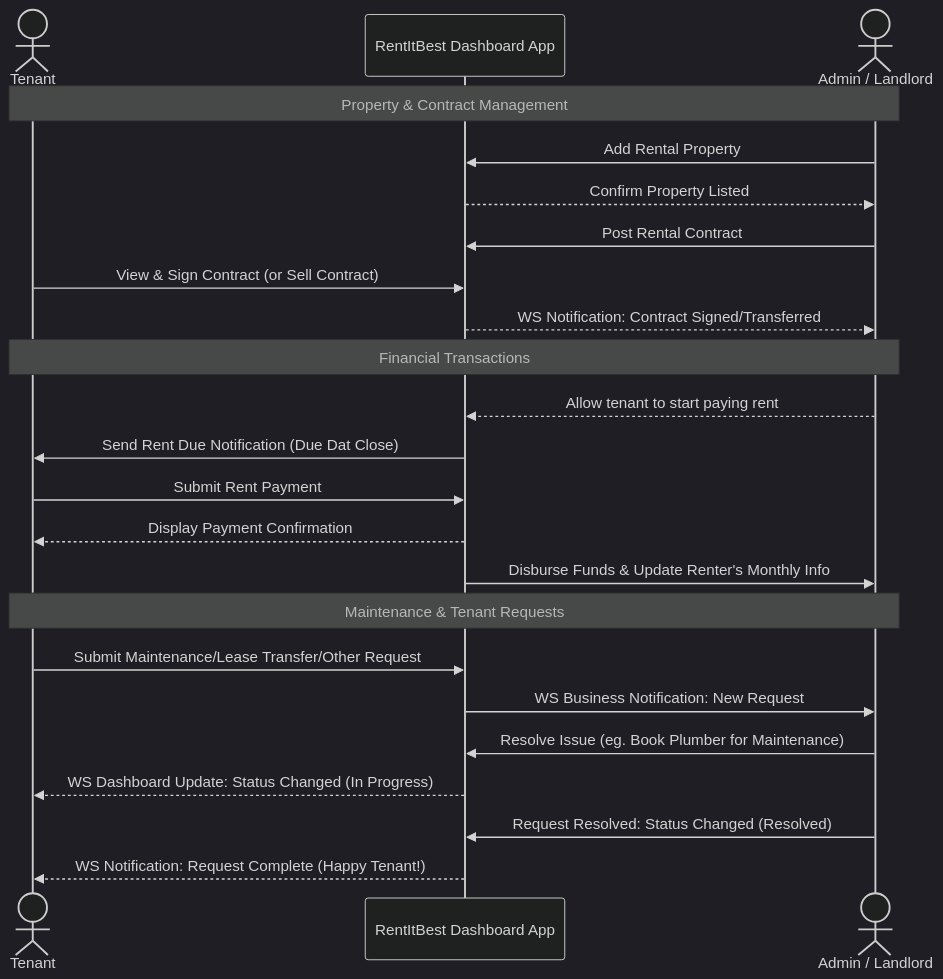
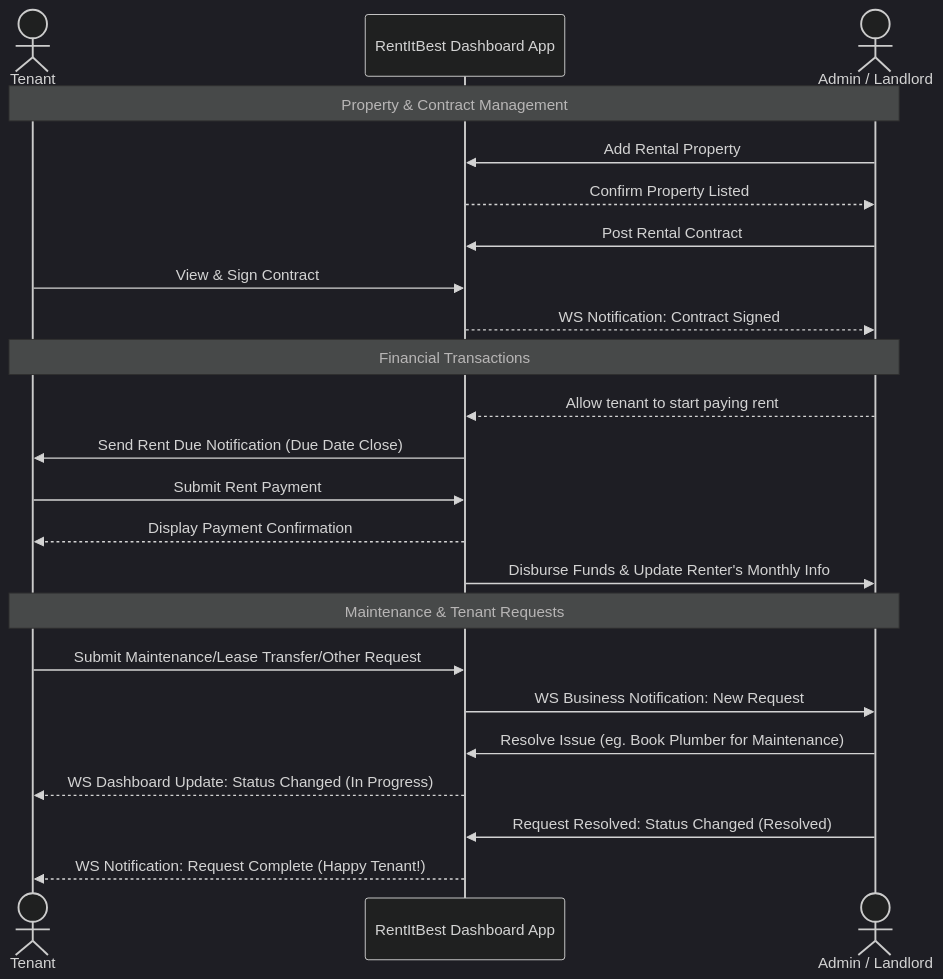
One commit to dylanexists/startup changed the diagram in README.md. Above: the diagram before and after it, drawn with Mermaid (dark theme).

Commit message:
Fix grammar and simplicity of sequence diagram

````diff
--- a/README.md
+++ b/README.md
@@ -29,28 +29,28 @@
 ```mermaid
 sequenceDiagram
     actor Tenant
     participant App as RentItBest Dashboard App
     actor Admin as Admin / Landlord
 
     note over Tenant, Admin: Property & Contract Management
     Admin->>App: Add Rental Property
     App-->>Admin: Confirm Property Listed
     Admin->>App: Post Rental Contract
-    Tenant->>App: View & Sign Contract (or Sell Contract)
-    App-->>Admin: WS Notification: Contract Signed/Transferred
+    Tenant->>App: View & Sign Contract
+    App-->>Admin: WS Notification: Contract Signed
 
     note over Tenant, Admin: Financial Transactions
     Admin-->>App: Allow tenant to start paying rent
-    App->>Tenant: Send Rent Due Notification (Due Dat Close)
+    App->>Tenant: Send Rent Due Notification (Due Date Close)
     Tenant->>App: Submit Rent Payment
     App-->>Tenant: Display Payment Confirmation
     App->>Admin: Disburse Funds & Update Renter's Monthly Info
 
     note over Tenant, Admin: Maintenance & Tenant Requests
     Tenant->>App: Submit Maintenance/Lease Transfer/Other Request
     App->>Admin: WS Business Notification: New Request
     Admin->>App: Resolve Issue (eg. Book Plumber for Maintenance)
     App-->>Tenant: WS Dashboard Update: Status Changed (In Progress)
     Admin->>App: Request Resolved: Status Changed (Resolved)
     App-->>Tenant: WS Notification: Request Complete (Happy Tenant!)
 ```
````
